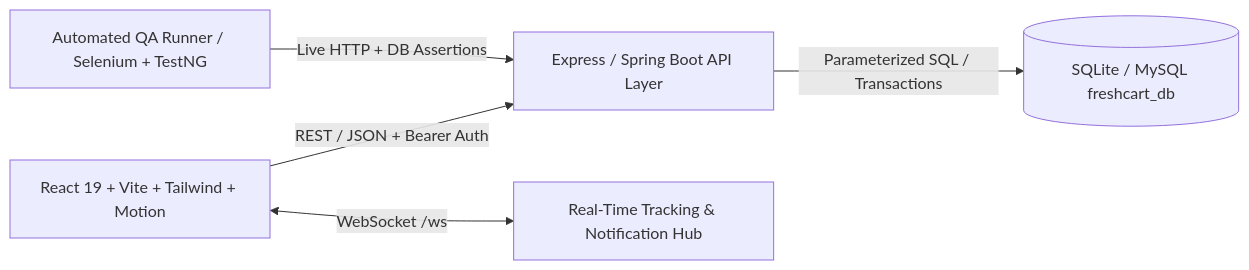
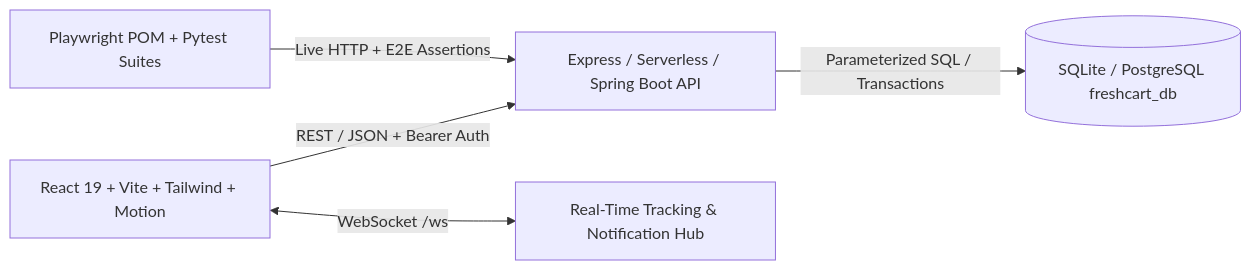
Before and after one commit to dhanugagan/FreshCart-: the first of 2 diagrams in docs/ACADEMIC_DOCUMENTATION.md, drawn with Mermaid. The commit also changed other lines of this file and 23 other files, not shown here.

````diff
--- a/docs/ACADEMIC_DOCUMENTATION.md
+++ b/docs/ACADEMIC_DOCUMENTATION.md
@@ -7,7 +7,7 @@
 ```mermaid
 flowchart LR
-  UI[React 19 + Vite + Tailwind + Motion] -->|REST / JSON + Bearer Auth| API[Express / Spring Boot API Layer]
+  UI[React 19 + Vite + Tailwind + Motion] -->|REST / JSON + Bearer Auth| API[Express / Serverless / Spring Boot API]
   UI <-->|WebSocket /ws| WS[Real-Time Tracking & Notification Hub]
-  API -->|Parameterized SQL / Transactions| DB[(SQLite / MySQL freshcart_db)]
-  QA[Automated QA Runner / Selenium + TestNG] -->|Live HTTP + DB Assertions| API
+  API -->|Parameterized SQL / Transactions| DB[(SQLite / PostgreSQL freshcart_db)]
+  QA[Playwright POM + Pytest Suites] -->|Live HTTP + E2E Assertions| API
 ```
````
